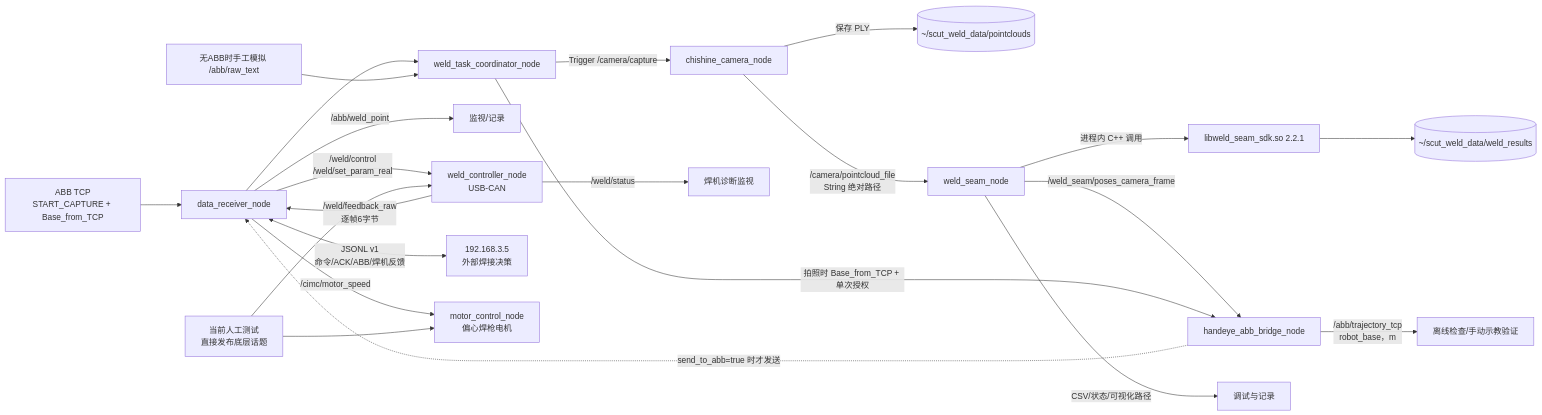
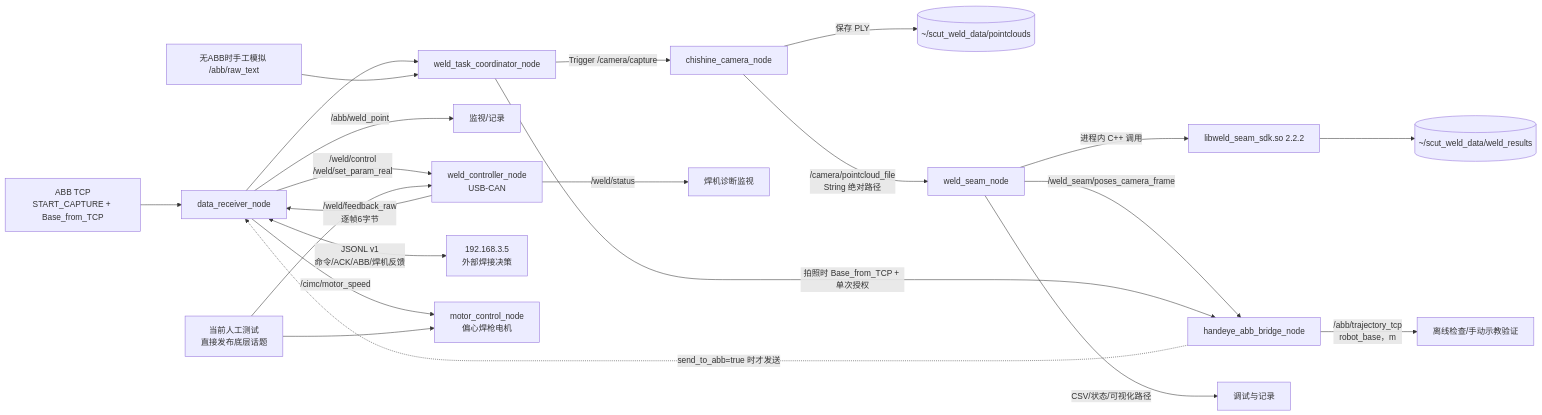
Before and after one commit to Luckme921/cimc: the diagram in README.md, drawn with Mermaid. The commit also changed other lines of this file and 17 other files, not shown here.

````diff
--- a/README.md
+++ b/README.md
@@ -38,25 +39,25 @@
 ```mermaid
 flowchart LR
     ABB["ABB TCP\nSTART_CAPTURE + Base_from_TCP"] --> D["data_receiver_node"]
     D --> Q["weld_task_coordinator_node"]
     SIM["无ABB时手工模拟 /abb/raw_text"] --> Q
     Q -->|"Trigger /camera/capture"| C["chishine_camera_node"]
     C -->|"保存 PLY"| P[("~/scut_weld_data/pointclouds")]
     C -->|"/camera/pointcloud_file\nString 绝对路径"| S["weld_seam_node"]
-    S -->|"进程内 C++ 调用"| SDK["libweld_seam_sdk.so 2.2.1"]
+    S -->|"进程内 C++ 调用"| SDK["libweld_seam_sdk.so 2.2.2"]
     SDK --> R[("~/scut_weld_data/weld_results")]
     S -->|"/weld_seam/poses_camera_frame"| H["handeye_abb_bridge_node"]
     Q -->|"拍照时 Base_from_TCP + 单次授权"| H
     H -->|"/abb/trajectory_tcp\nrobot_base，m"| CHECK["离线检查/手动示教验证"]
     H -. "send_to_abb=true 时才发送" .-> D
     S -->|"CSV/状态/可视化路径"| V["调试与记录"]
 
     D -->|"/abb/weld_point"| MON["监视/记录"]
     W["weld_controller_node\nUSB-CAN"] -->|"/weld/status"| WMON["焊机诊断监视"]
     W -->|"/weld/feedback_raw\n逐帧6字节"| D
     D <-->|"JSONL v1\n命令/ACK/ABB/焊机反馈"| EXT["192.168.3.5\n外部焊接决策"]
     D -->|"/weld/control\n/weld/set_param_real"| W
     D -->|"/cimc/motor_speed"| M["motor_control_node\n偏心焊枪电机"]
     TSIM["当前人工测试\n直接发布底层话题"] --> W
     TSIM --> M
 ```
````
